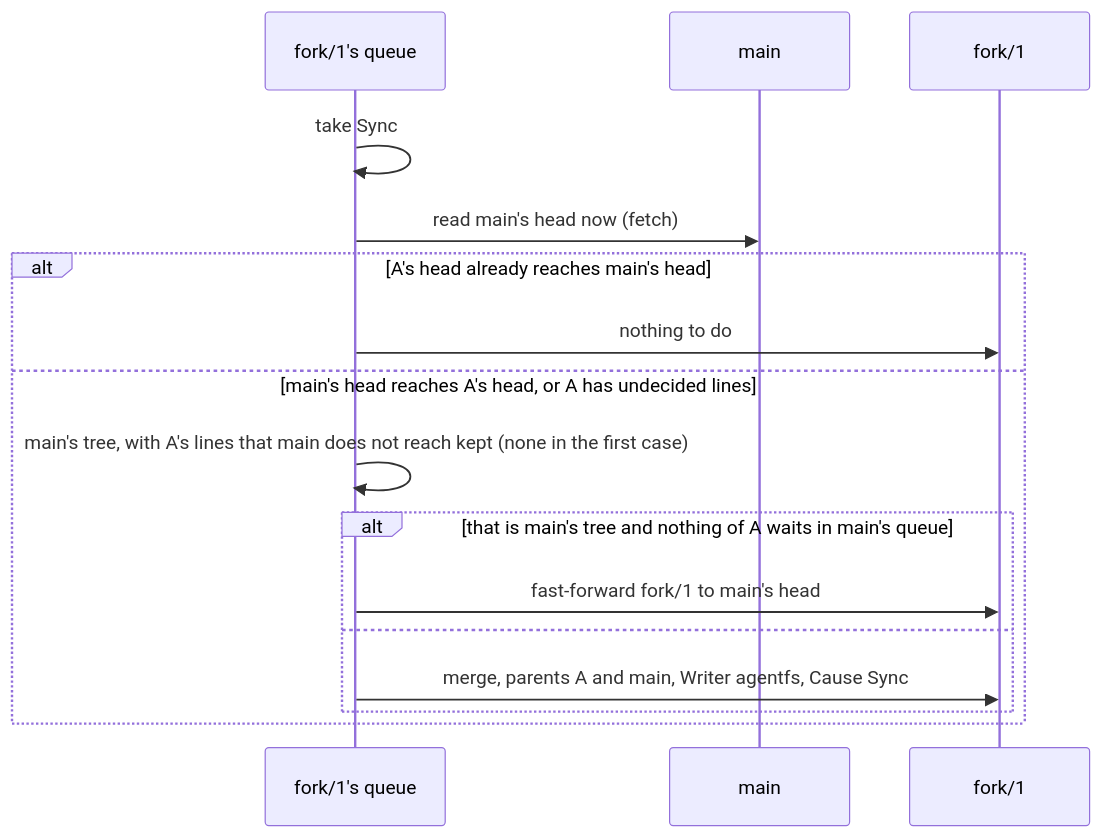
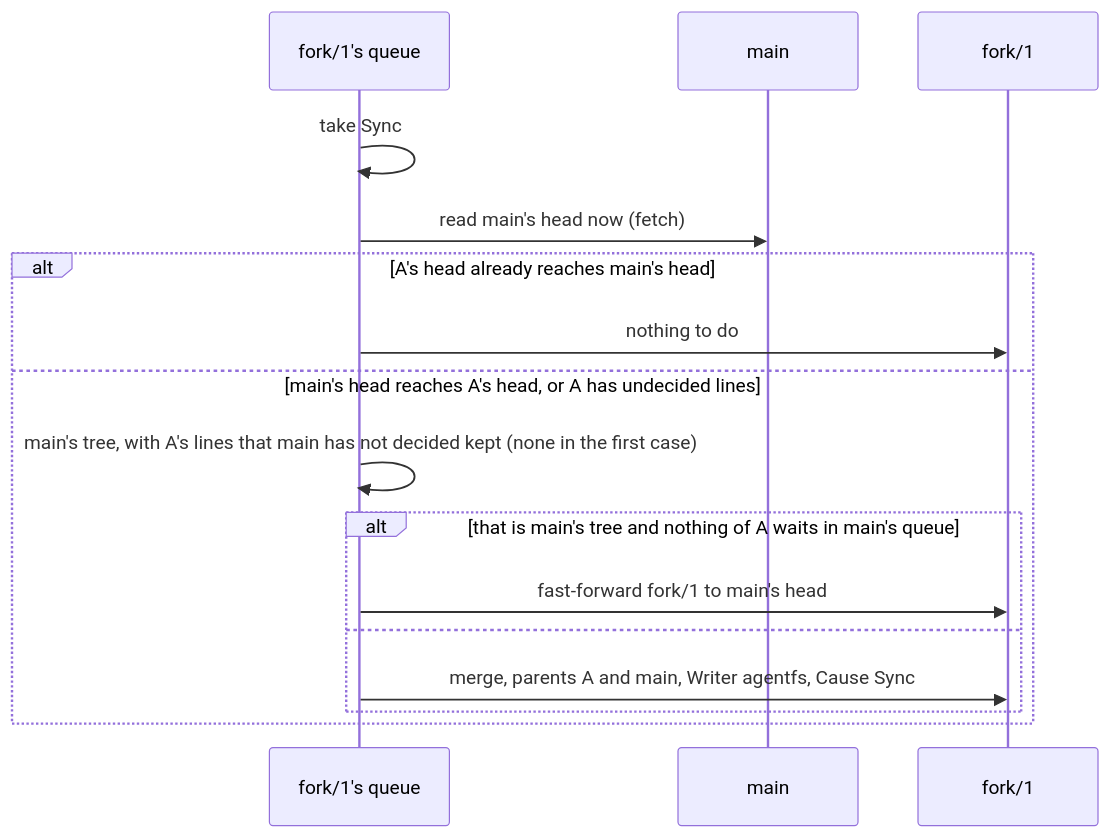
Before and after one commit to mcurcio/agentfs: the fifth of 8 diagrams in docs/target-architecture/git-model.md, drawn with Mermaid. The commit also changed other lines of this file and 8 other files, not shown here.

````diff
--- a/docs/target-architecture/git-model.md
+++ b/docs/target-architecture/git-model.md
@@ -355,18 +381,18 @@
 ```mermaid
 sequenceDiagram
   participant QA as fork/1's queue
   participant M as main
   participant A as fork/1
   QA->>QA: take Sync
   QA->>M: read main's head now (fetch)
   alt A's head already reaches main's head
     QA->>A: nothing to do
   else main's head reaches A's head, or A has undecided lines
-    QA->>QA: main's tree, with A's lines that main does not reach kept (none in the first case)
+    QA->>QA: main's tree, with A's lines that main has not decided kept (none in the first case)
     alt that is main's tree and nothing of A waits in main's queue
       QA->>A: fast-forward fork/1 to main's head
     else
       QA->>A: merge, parents A and main, Writer agentfs, Cause Sync
     end
   end
 ```
````
